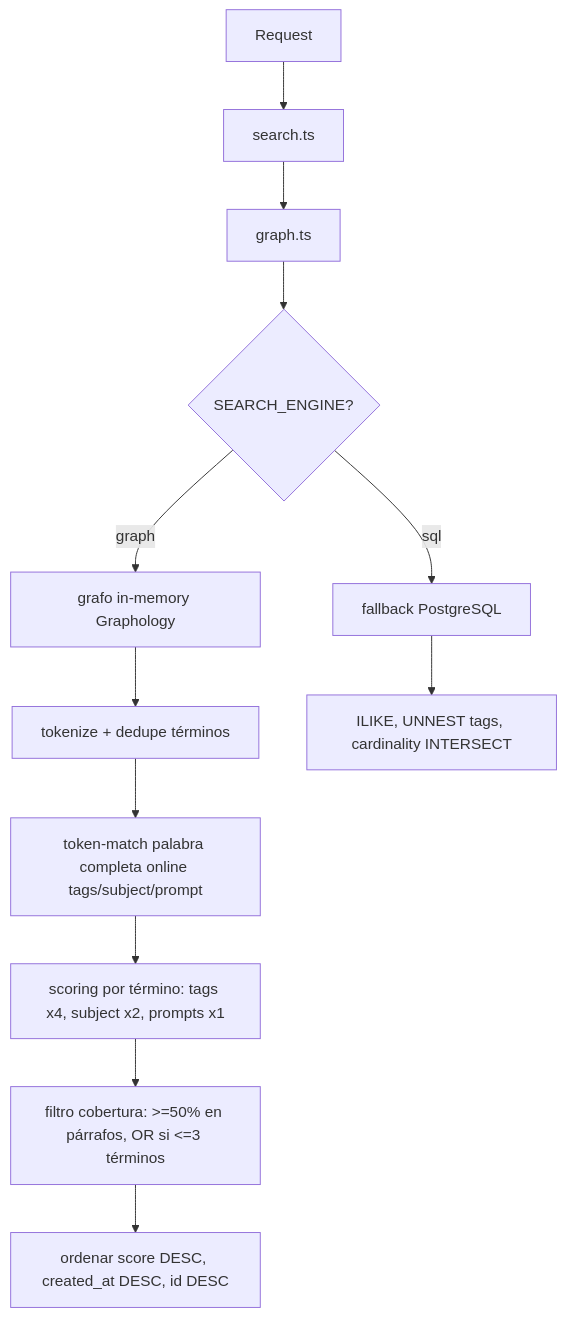
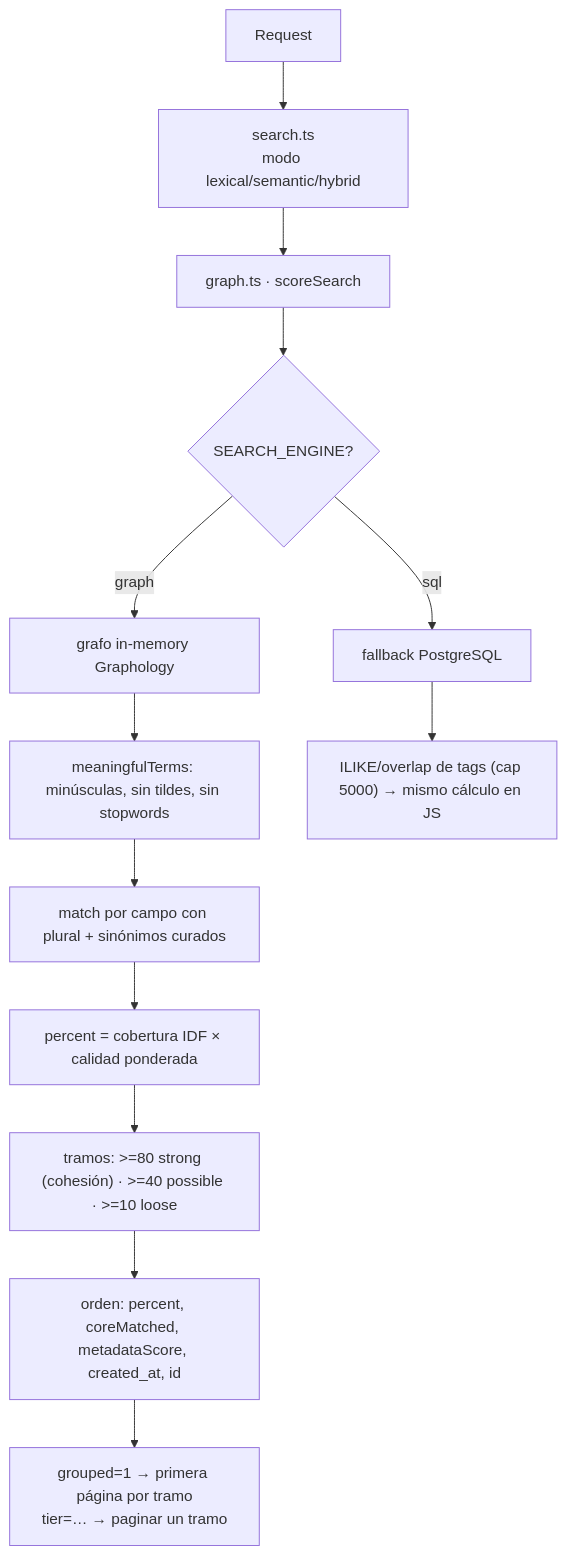
Before and after one commit to SenzaNomeca/Buscador-IA-con-grafos: the first of 3 diagrams in docs/CHEATSHEET.md, drawn with Mermaid. The commit also changed other lines of this file and 11 other files, not shown here.

````diff
--- a/docs/CHEATSHEET.md
+++ b/docs/CHEATSHEET.md
@@ -49,14 +49,15 @@
 ```mermaid
 flowchart TD
-    A[Request] --> B[search.ts]
-    B --> C[graph.ts]
+    A[Request] --> B["search.ts<br/>modo lexical/semantic/hybrid"]
+    B --> C[graph.ts · scoreSearch]
     C --> D{SEARCH_ENGINE?}
     D -->|graph| E[grafo in-memory Graphology]
-    E --> E1["tokenize + dedupe términos"]
-    E1 --> E2["token-match palabra completa online tags/subject/prompt"]
-    E2 --> E3["scoring por término: tags x4, subject x2, prompts x1"]
-    E3 --> E4["filtro cobertura: >=50% en párrafos, OR si <=3 términos"]
-    E4 --> E5["ordenar score DESC, created_at DESC, id DESC"]
+    E --> E1["meaningfulTerms: minúsculas, sin tildes, sin stopwords"]
+    E1 --> E2["match por campo con plural + sinónimos curados"]
+    E2 --> E3["percent = cobertura IDF × calidad ponderada"]
+    E3 --> E4["tramos: >=80 strong (cohesión) · >=40 possible · >=10 loose"]
+    E4 --> E5["orden: percent, coreMatched, metadataScore, created_at, id"]
+    E5 --> E6["grouped=1 → primera página por tramo<br/>tier=… → paginar un tramo"]
     D -->|sql| F[fallback PostgreSQL]
-    F --> F1["ILIKE, UNNEST tags, cardinality INTERSECT"]
+    F --> F1["ILIKE/overlap de tags (cap 5000) → mismo cálculo en JS"]
 ```
````
